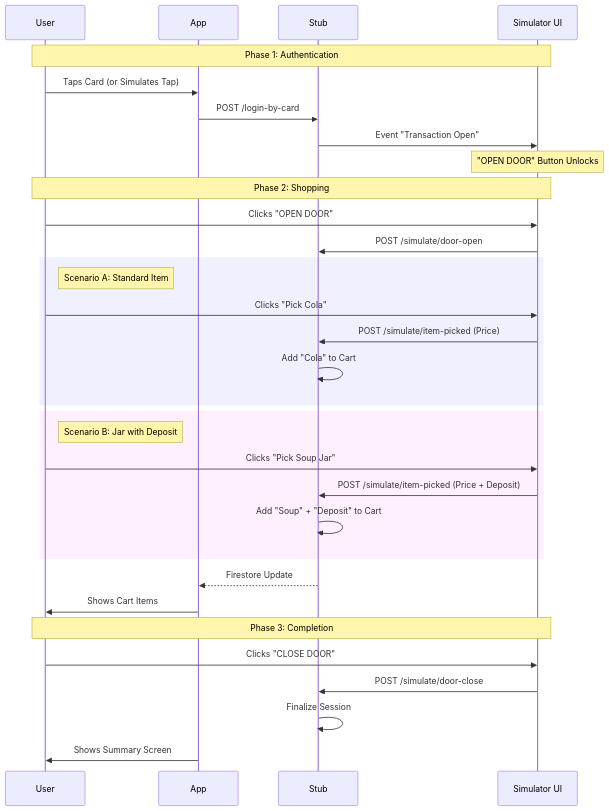
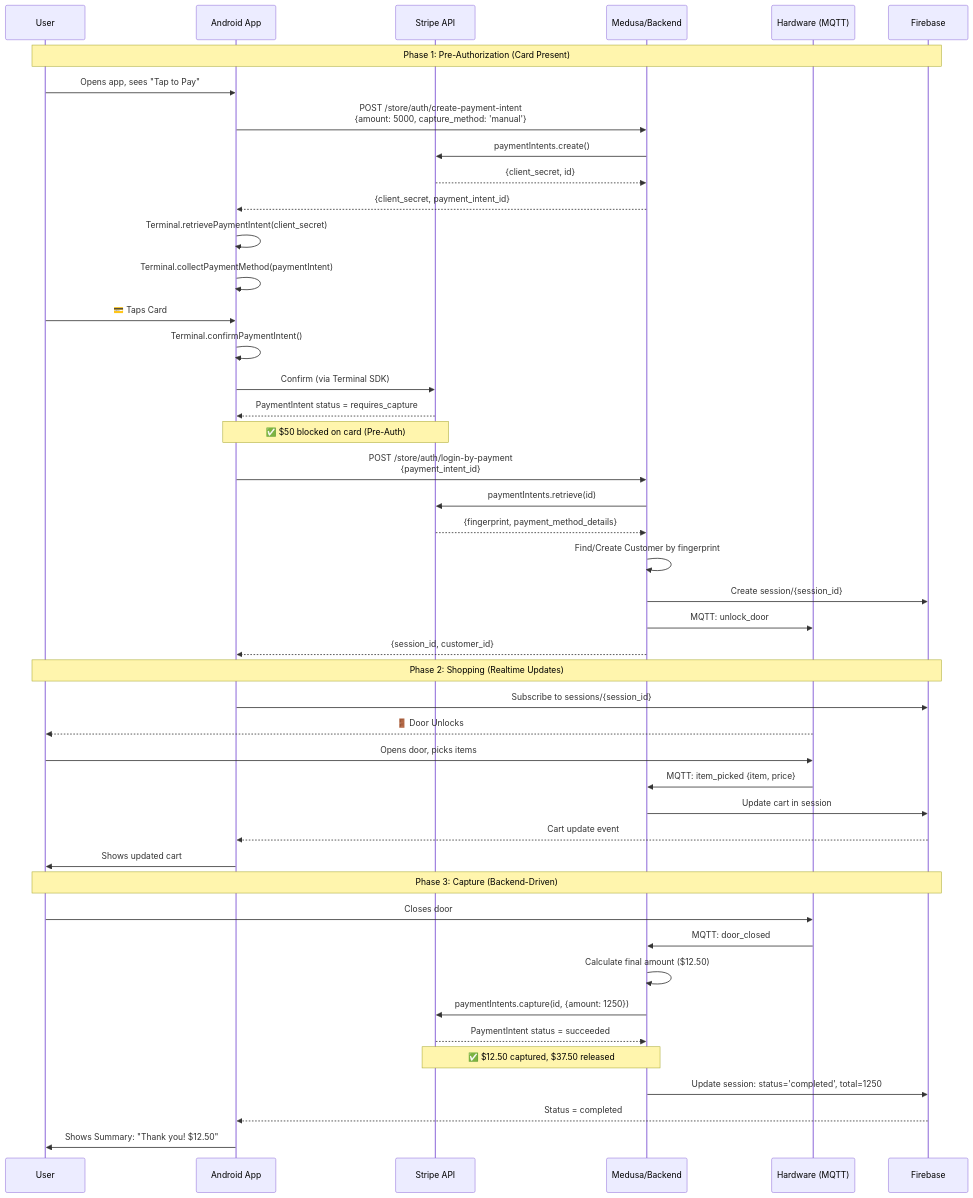
One commit to matgren-challengeen/tap-to-pay-android-demo changed the first of 5 diagrams in docs/sequence_diagrams.md. Above: the diagram before and after it, drawn with Mermaid. The commit also changed other lines of this file and 11 other files, not shown here.

First line of the commit message:
docs: Add API contract and update to Pre-Auth + Capture flow

````diff
--- a/docs/sequence_diagrams.md
+++ b/docs/sequence_diagrams.md
@@ -8,41 +10,58 @@
 ```mermaid
 sequenceDiagram
     participant User
-    participant App
-    participant Stub
-    participant Sim as Simulator UI
+    participant App as Android App
+    participant Stripe as Stripe API
+    participant Backend as Medusa/Backend
+    participant HW as Hardware (MQTT)
+    participant FB as Firebase
 
-    Note over User, Sim: Phase 1: Authentication
-    User->>App: Taps Card (or Simulates Tap)
-    App->>Stub: POST /login-by-card
-    Stub->>Sim: Event "Transaction Open"
+    Note over User, FB: Phase 1: Pre-Authorization (Card Present)
     
-    Note over Sim: "OPEN DOOR" Button Unlocks
+    User->>App: Opens app, sees "Tap to Pay"
+    App->>Backend: POST /store/auth/create-payment-intent<br/>{amount: 5000, capture_method: 'manual'}
+    Backend->>Stripe: paymentIntents.create()
+    Stripe-->>Backend: {client_secret, id}
+    Backend-->>App: {client_secret, payment_intent_id}
     
-    Note over User, Sim: Phase 2: Shopping
-    User->>Sim: Clicks "OPEN DOOR"
-    Sim->>Stub: POST /simulate/door-open
+    App->>App: Terminal.retrievePaymentIntent(client_secret)
+    App->>App: Terminal.collectPaymentMethod(paymentIntent)
+    User->>App: 💳 Taps Card
+    App->>App: Terminal.confirmPaymentIntent()
+    App->>Stripe: Confirm (via Terminal SDK)
+    Stripe-->>App: PaymentIntent status = requires_capture
     
-    rect rgb(240, 240, 255)
-        Note right of User: Scenario A: Standard Item
-        User->>Sim: Clicks "Pick Cola"
-        Sim->>Stub: POST /simulate/item-picked (Price)
-        Stub->>Stub: Add "Cola" to Cart
-    end
-
-    rect rgb(255, 240, 255)
-        Note right of User: Scenario B: Jar with Deposit
-        User->>Sim: Clicks "Pick Soup Jar"
-        Sim->>Stub: POST /simulate/item-picked (Price + Deposit)
-        Stub->>Stub: Add "Soup" + "Deposit" to Cart
-    end
-
-    Stub-->>App: Firestore Update
-    App->>User: Shows Cart Items
-
-    Note over User, Sim: Phase 3: Completion
-    User->>Sim: Clicks "CLOSE DOOR"
-    Sim->>Stub: POST /simulate/door-close
-    Stub->>Stub: Finalize Session
-    App->>User: Shows Summary Screen
+    Note over App, Stripe: ✅ $50 blocked on card (Pre-Auth)
+    
+    App->>Backend: POST /store/auth/login-by-payment<br/>{payment_intent_id}
+    Backend->>Stripe: paymentIntents.retrieve(id)
+    Stripe-->>Backend: {fingerprint, payment_method_details}
+    Backend->>Backend: Find/Create Customer by fingerprint
+    Backend->>FB: Create session/{session_id}
+    Backend->>HW: MQTT: unlock_door
+    Backend-->>App: {session_id, customer_id}
+    
+    Note over User, FB: Phase 2: Shopping (Realtime Updates)
+    
+    App->>FB: Subscribe to sessions/{session_id}
+    HW-->>User: 🚪 Door Unlocks
+    User->>HW: Opens door, picks items
+    HW->>Backend: MQTT: item_picked {item, price}
+    Backend->>FB: Update cart in session
+    FB-->>App: Cart update event
+    App->>User: Shows updated cart
+    
+    Note over User, FB: Phase 3: Capture (Backend-Driven)
+    
+    User->>HW: Closes door
+    HW->>Backend: MQTT: door_closed
+    Backend->>Backend: Calculate final amount ($12.50)
+    Backend->>Stripe: paymentIntents.capture(id, {amount: 1250})
+    Stripe-->>Backend: PaymentIntent status = succeeded
+    
+    Note over Backend, Stripe: ✅ $12.50 captured, $37.50 released
+    
+    Backend->>FB: Update session: status='completed', total=1250
+    FB-->>App: Status = completed
+    App->>User: Shows Summary: "Thank you! $12.50"
 ```
````
